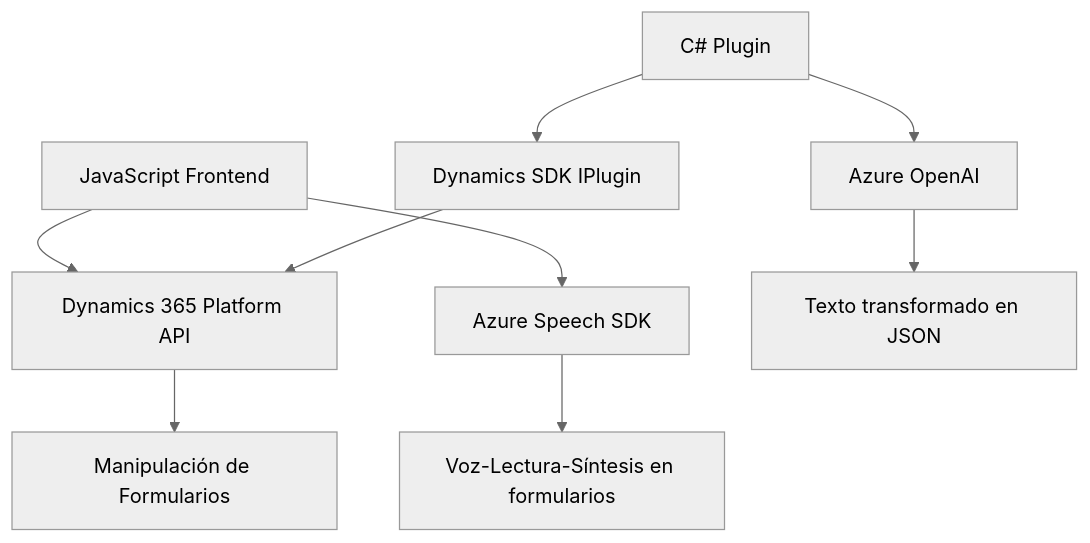
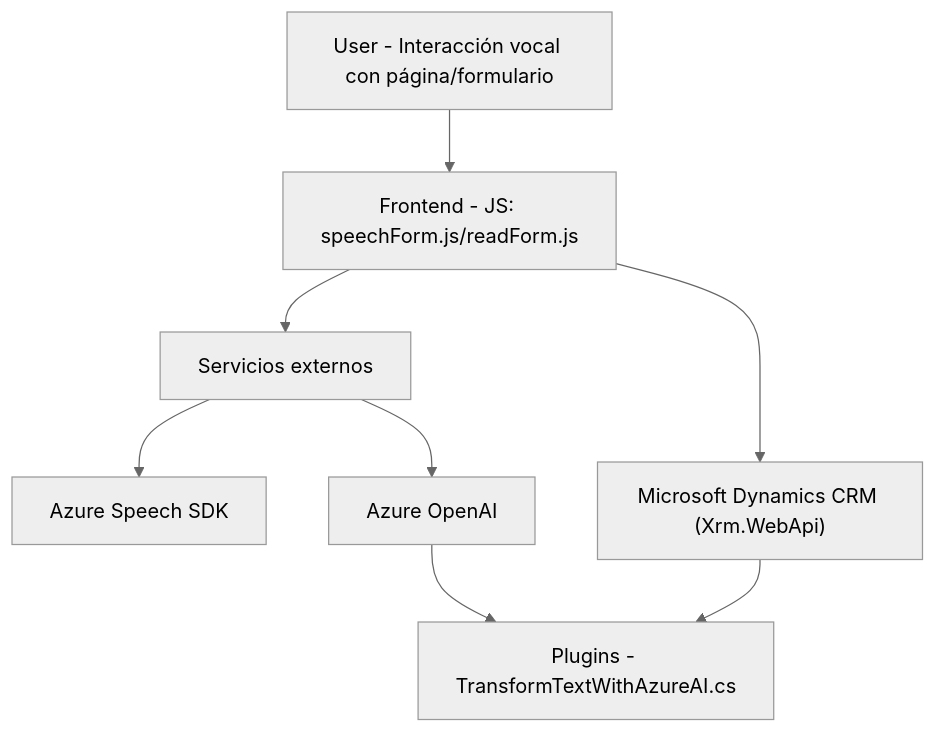
The diagram in README.md (blopezdm/NETCORE_BILBAO2025), drawn with Mermaid (neutral theme) before and after one commit. The commit also changed other lines of this file, not shown here.

Commit message:
Actualizar análisis global de la solución con IA

````diff
--- a/README.md
+++ b/README.md
@@ -47,11 +31,18 @@
 ```mermaid
 graph TD
-    A["JavaScript Frontend"] --> B["Azure Speech SDK"]
-    B --> C["Voz-Lectura-Síntesis en formularios"]
-    A --> D["Dynamics 365 Platform API"]
-    D --> E["Manipulación de Formularios"]
-    F["C# Plugin"] --> G["Azure OpenAI"]
-    F --> H["Dynamics SDK IPlugin"]
-    G --> I["Texto transformado en JSON"]
-    H --> D
+    A["User - Interacción vocal con página/formulario"]
+    B["Frontend - JS: speechForm.js/readForm.js"]
+    C["Plugins - TransformTextWithAzureAI.cs"]
+    D["Servicios externos"]
+    E["Azure Speech SDK"]
+    F["Azure OpenAI"]
+    G["Microsoft Dynamics CRM (Xrm.WebApi)"]
+
+    A --> B
+    B --> D
+    B --> G
+    D --> E
+    D --> F
+    G --> C
+    F --> C
 ```
````
